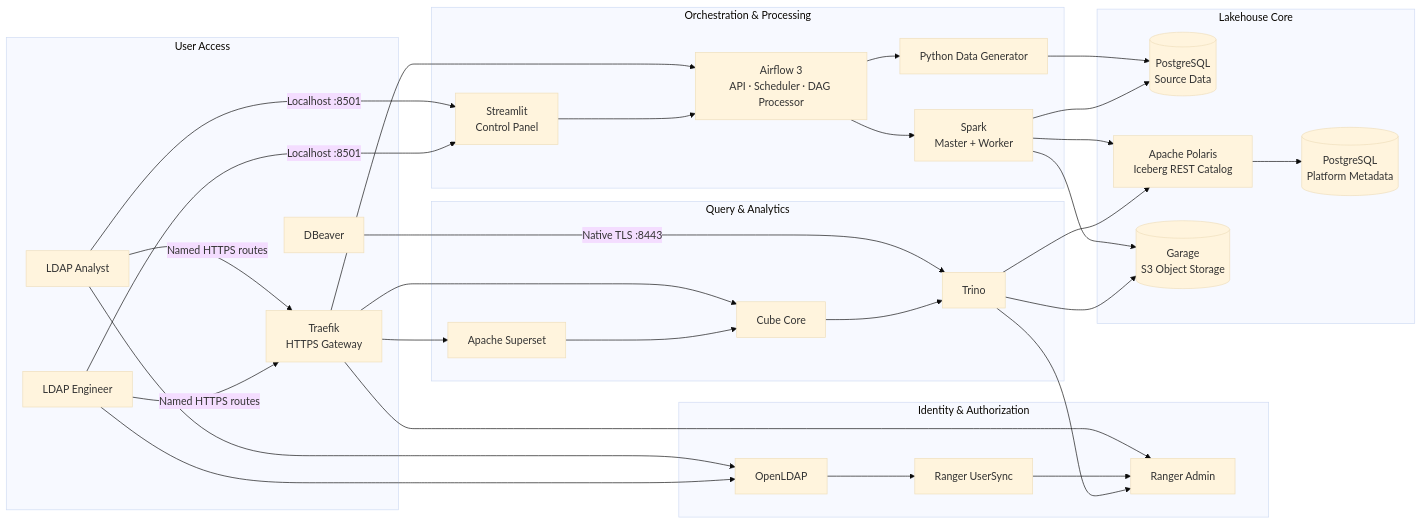
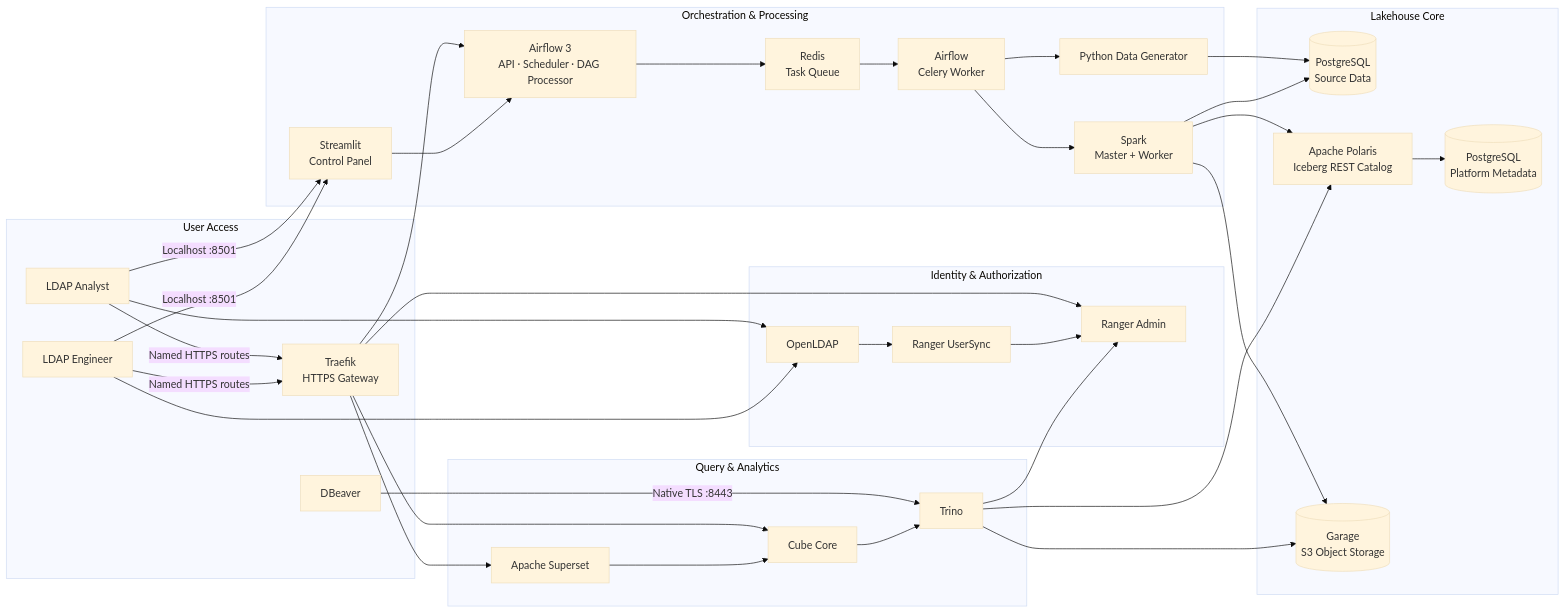
One commit to AlexHilberer/On-Prem-Data-Lakehouse changed the first of 2 diagrams in README.md. Above: the diagram before and after it, drawn with Mermaid (base theme). The commit also changed other lines of this file and 33 other files, not shown here.

````diff
--- a/README.md
+++ b/README.md
@@ -13,56 +13,59 @@
 ```mermaid
 flowchart LR
   subgraph Access["User Access"]
     Analyst["LDAP Analyst"]
     Engineer["LDAP Engineer"]
     DBeaver["DBeaver"]
     Traefik["Traefik<br/>HTTPS Gateway"]
   end
 
   subgraph Identity["Identity & Authorization"]
     LDAP["OpenLDAP"]
     UserSync["Ranger UserSync"]
     Ranger["Ranger Admin"]
   end
 
   subgraph Orchestration["Orchestration & Processing"]
     Airflow["Airflow 3<br/>API · Scheduler · DAG Processor"]
+    Queue["Redis<br/>Task Queue"]
+    Worker["Airflow<br/>Celery Worker"]
     Control["Streamlit<br/>Control Panel"]
     Generator["Python Data Generator"]
     Spark["Spark<br/>Master + Worker"]
   end
 
   subgraph Lakehouse["Lakehouse Core"]
     Source[("PostgreSQL<br/>Source Data")]
     Polaris["Apache Polaris<br/>Iceberg REST Catalog"]
     Garage[("Garage<br/>S3 Object Storage")]
     Metadata[("PostgreSQL<br/>Platform Metadata")]
   end
 
   subgraph Analytics["Query & Analytics"]
     Trino["Trino"]
     Cube["Cube Core"]
     Superset["Apache Superset"]
   end
 
   Analyst & Engineer -->|Named HTTPS routes| Traefik
   Traefik --> Airflow
   Traefik --> Ranger
   Traefik --> Cube
   Traefik --> Superset
   Analyst & Engineer --> LDAP
   Analyst & Engineer -->|Localhost :8501| Control
   DBeaver -->|Native TLS :8443| Trino
   Control --> Airflow
   LDAP --> UserSync --> Ranger
-  Airflow --> Generator --> Source
-  Airflow --> Spark
+  Airflow --> Queue --> Worker
+  Worker --> Generator --> Source
+  Worker --> Spark
   Spark --> Source
   Spark --> Polaris
   Spark --> Garage
   Polaris --> Metadata
   Trino --> Ranger
   Trino --> Polaris
   Trino --> Garage
   Superset --> Cube --> Trino
 ```
````
